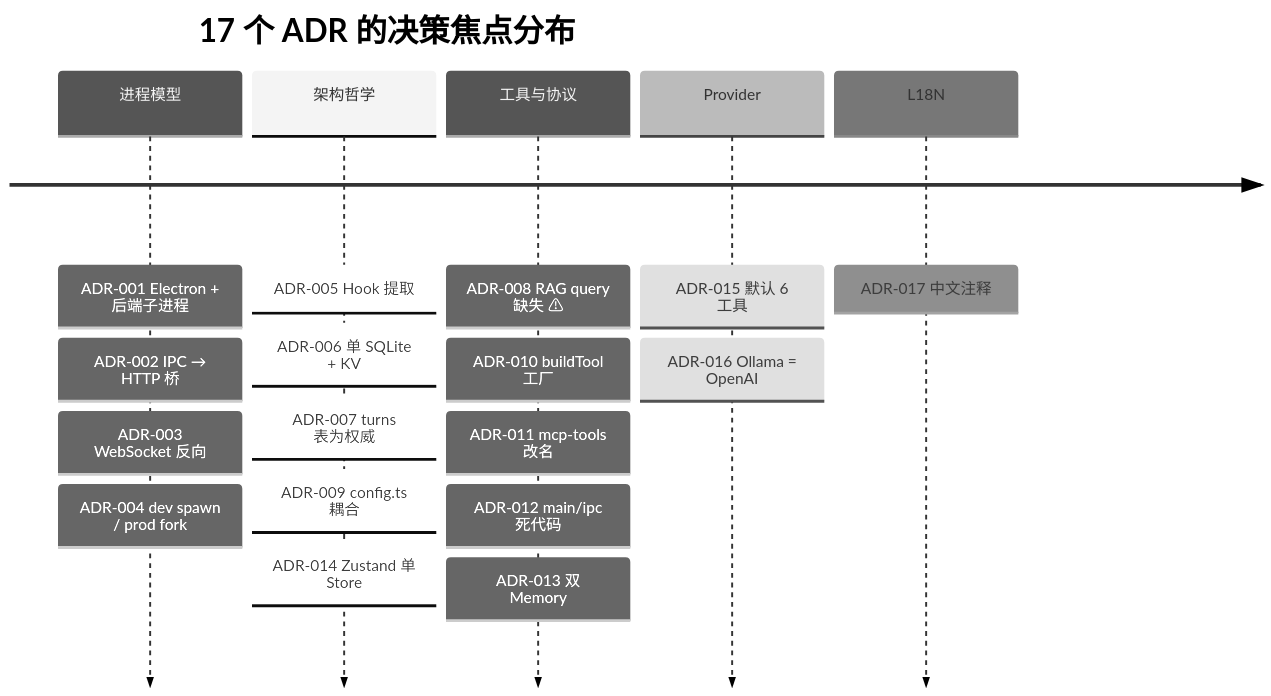
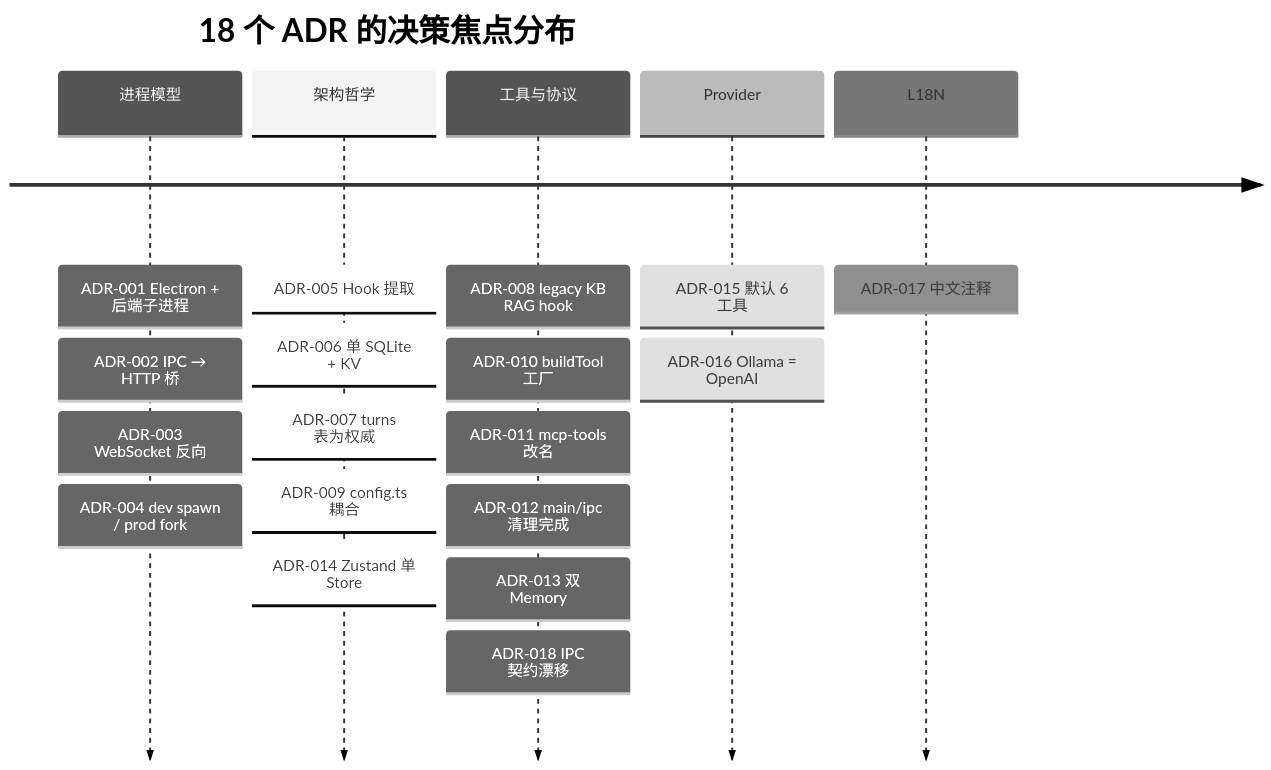
Before and after one commit to LanicBlue/zero-core: the first of 2 diagrams in docs/arch/09-extension-points-and-adrs.md, drawn with Mermaid (neutral theme). The commit also changed other lines of this file and 53 other files, not shown here.

````diff
--- a/docs/arch/09-extension-points-and-adrs.md
+++ b/docs/arch/09-extension-points-and-adrs.md
@@ -103,21 +106,22 @@
 ```mermaid
 timeline
-    title 17 个 ADR 的决策焦点分布
+    title 18 个 ADR 的决策焦点分布
     进程模型 : ADR-001 Electron + 后端子进程
              : ADR-002 IPC → HTTP 桥
              : ADR-003 WebSocket 反向
              : ADR-004 dev spawn / prod fork
     架构哲学 : ADR-005 Hook 提取
              : ADR-006 单 SQLite + KV
              : ADR-007 turns 表为权威
              : ADR-009 config.ts 耦合
              : ADR-014 Zustand 单 Store
-    工具与协议 : ADR-008 RAG query 缺失 ⚠
+    工具与协议 : ADR-008 legacy KB RAG hook
                 : ADR-010 buildTool 工厂
                 : ADR-011 mcp-tools 改名
-                : ADR-012 main/ipc 死代码
+                : ADR-012 main/ipc 清理完成
                 : ADR-013 双 Memory
+                : ADR-018 IPC 契约漂移
     Provider : ADR-015 默认 6 工具
              : ADR-016 Ollama = OpenAI
     L18N    : ADR-017 中文注释
 ```
````
